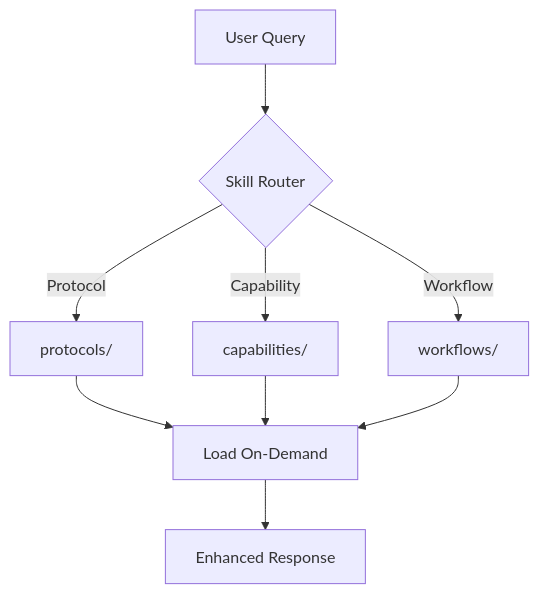
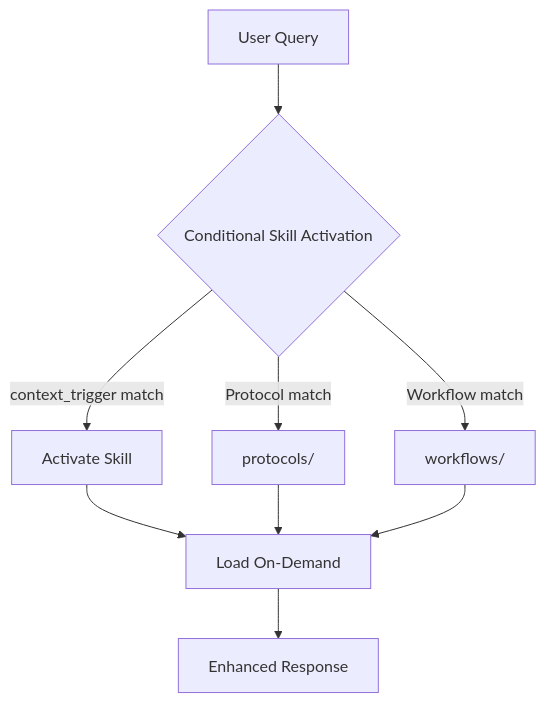
The second of 2 diagrams in docs/FEATURES.md (agent-memory-atlas-archive/winstonkoh87--Athena-Public), drawn with Mermaid before and after one commit. The commit also changed other lines of this file and 58 other files, not shown here.

````diff
--- a/docs/FEATURES.md
+++ b/docs/FEATURES.md
@@ -135,11 +137,11 @@
 ```mermaid
 graph TD
-    A[User Query] --> B{Skill Router}
-    B -->|Protocol| C[protocols/]
-    B -->|Capability| D[capabilities/]
-    B -->|Workflow| E[workflows/]
+    A[User Query] --> B{Conditional Skill Activation}
+    B -->|context_trigger match| C[Activate Skill]
+    B -->|Protocol match| D[protocols/]
+    B -->|Workflow match| E[workflows/]
     C --> F[Load On-Demand]
     D --> F
     E --> F
     F --> G[Enhanced Response]
 ```
````
